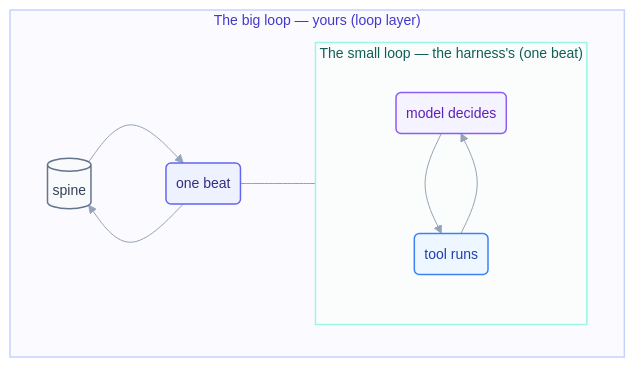
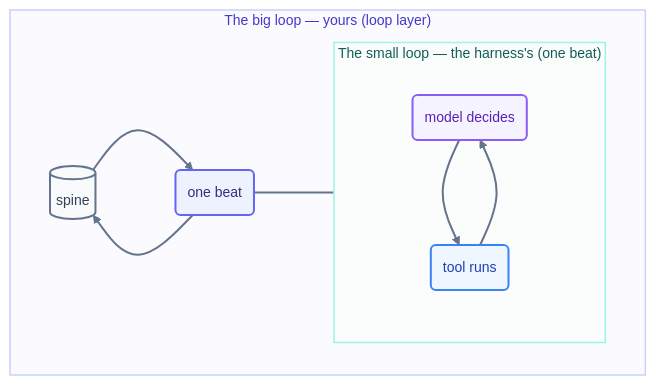
One commit to ayeshakhalid192007-dev/LoopEngineering-CrashCourse changed the diagram in docs/03-part-1-the-shift/02-the-four-layers.md. Above: the diagram before and after it, drawn with Mermaid. The commit also changed 66 other files, not shown here.

First line of the commit message:
docs(diagrams): bolden and unify all 70 mermaid diagrams

````diff
--- a/docs/03-part-1-the-shift/02-the-four-layers.md
+++ b/docs/03-part-1-the-shift/02-the-four-layers.md
@@ -49,18 +49,19 @@
 ```mermaid
-%%{init: {'theme':'base','themeVariables':{'fontFamily':'ui-sans-serif, system-ui, sans-serif','fontSize':'14px','lineColor':'#94a3b8'},'flowchart':{'curve':'basis','nodeSpacing':45,'rankSpacing':50,'padding':10}}}%%
+%%{init: {'theme':'base','themeVariables':{'fontFamily':'ui-sans-serif, system-ui, sans-serif','fontSize':'14px','lineColor':'#64748b','edgeLabelBackground':'#f8fafc'},'flowchart':{'curve':'basis','nodeSpacing':45,'rankSpacing':55,'padding':12}}}%%
 flowchart TB
     subgraph BIG ["The big loop — yours (loop layer)"]
       SP[("spine")]:::file --> BEAT("one beat"):::beat
       BEAT --> SP
       subgraph SMALL ["The small loop — the harness's (one beat)"]
         M("model decides"):::agent --> T("tool runs"):::cfg --> M
       end
       BEAT --- SMALL
     end
-    classDef file fill:#f8fafc,stroke:#64748b,stroke-width:1.5px,color:#334155;
-    classDef beat fill:#eef2ff,stroke:#6366f1,stroke-width:1.5px,color:#312e81;
-    classDef agent fill:#f5f3ff,stroke:#8b5cf6,stroke-width:1.5px,color:#5b21b6;
-    classDef cfg fill:#eef6ff,stroke:#3b82f6,stroke-width:1.5px,color:#1e40af;
+    linkStyle default stroke:#64748b,stroke-width:2px;
+    classDef file fill:#f8fafc,stroke:#64748b,stroke-width:2px,color:#334155;
+    classDef beat fill:#eef2ff,stroke:#6366f1,stroke-width:2px,color:#312e81;
+    classDef agent fill:#f5f3ff,stroke:#8b5cf6,stroke-width:2px,color:#5b21b6;
+    classDef cfg fill:#eef6ff,stroke:#3b82f6,stroke-width:2px,color:#1e40af;
     style BIG fill:#fbfbff,stroke:#c7d2fe,stroke-width:1.5px,color:#4338ca;
     style SMALL fill:#fbfdfc,stroke:#99f6e4,stroke-width:1.5px,color:#115e59;
 ```
````
